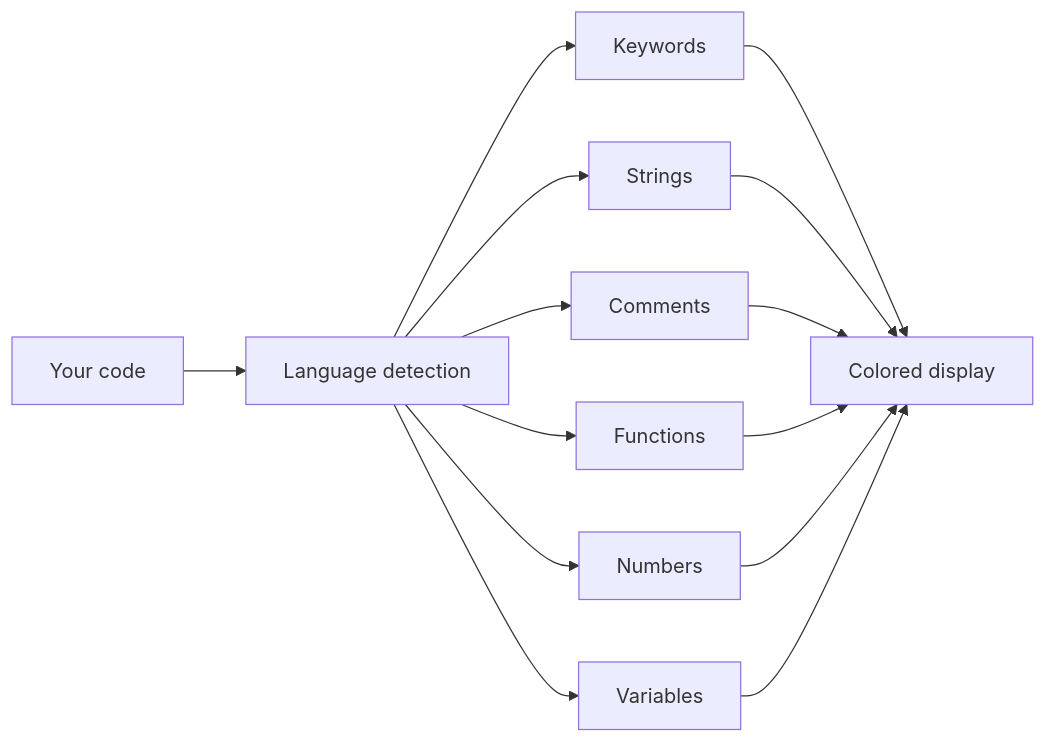
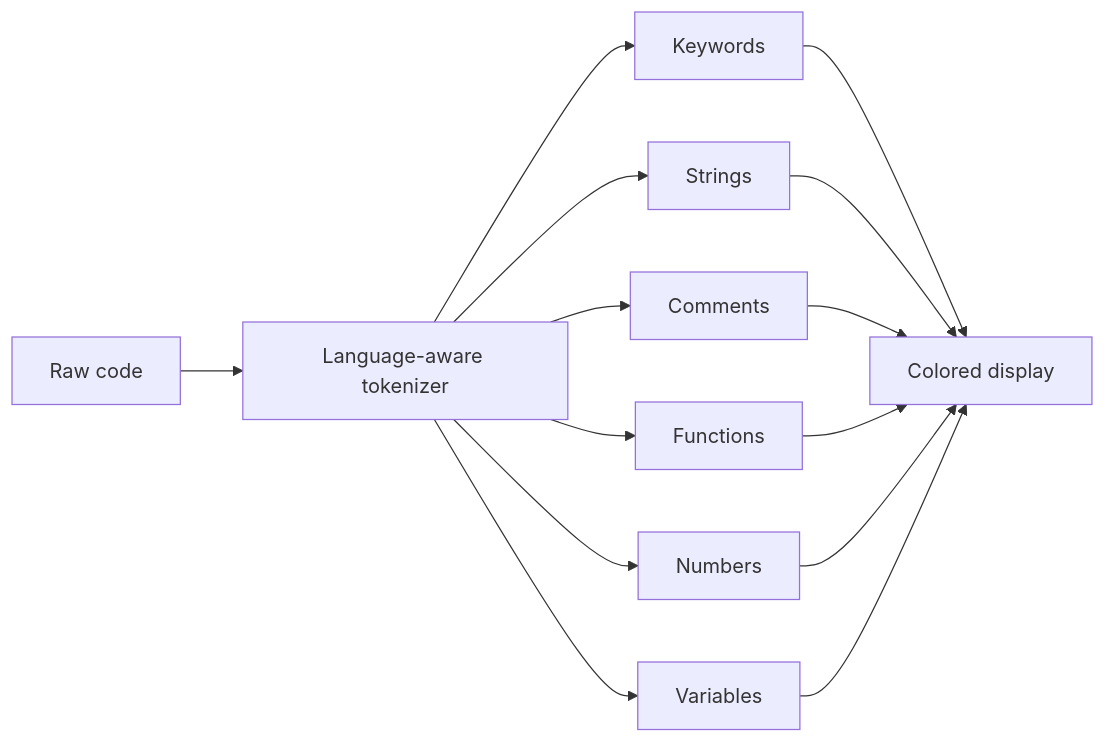
The second of 3 diagrams in dromeas/docs/api2-documentation/plan_2026-10-29_a4fa76/user-facing-docs/code-preview-and-highlighting.md (Mohita111/API2), drawn with Mermaid before and after one commit. The commit also changed other lines of this file and 11 other files, not shown here.

````diff
--- a/dromeas/docs/api2-documentation/plan_2026-10-29_a4fa76/user-facing-docs/code-preview-and-highlighting.md
+++ b/dromeas/docs/api2-documentation/plan_2026-10-29_a4fa76/user-facing-docs/code-preview-and-highlighting.md
@@ -47,16 +45,16 @@
 ```mermaid
 graph LR
-    A[Your code] --> B[Language detection]
+    A[Raw code] --> B[Language-aware tokenizer]
     B --> C1[Keywords]
     B --> C2[Strings]
     B --> C3[Comments]
     B --> C4[Functions]
     B --> C5[Numbers]
     B --> C6[Variables]
     C1 --> D[Colored display]
     C2 --> D
     C3 --> D
     C4 --> D
     C5 --> D
     C6 --> D
 ```
````
